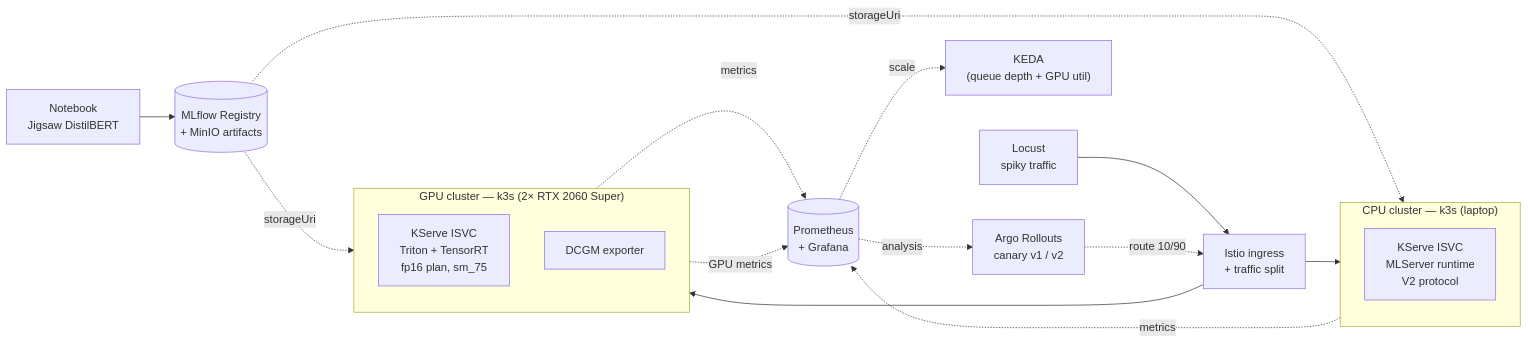
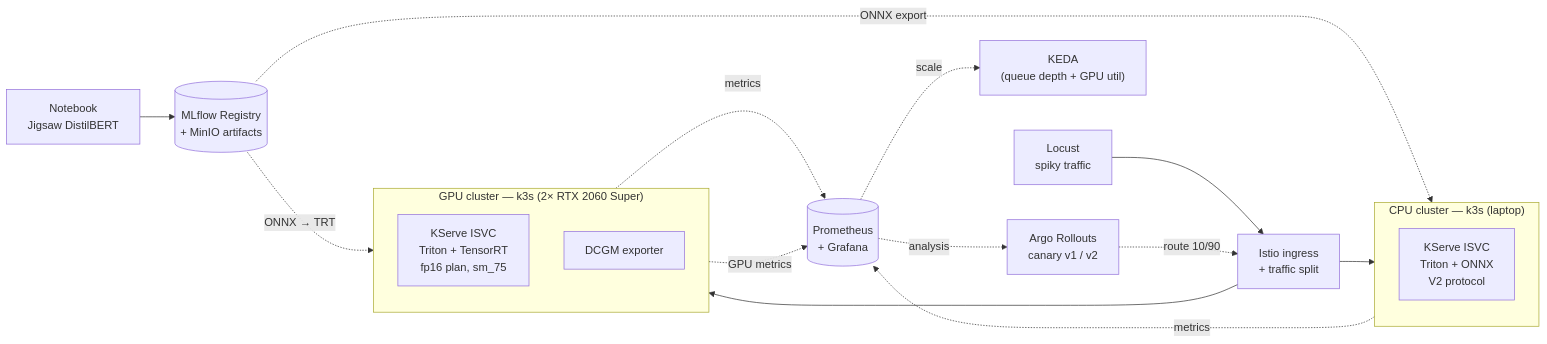
The diagram in README.md (huntermills707/haterade), drawn with Mermaid before and after one commit. The commit also changed other lines of this file and 15 other files, not shown here.

Commit message:
switching to triton for CPU for simplicity

````diff
--- a/README.md
+++ b/README.md
@@ -15,30 +15,30 @@
 ```mermaid
 flowchart LR
     Notebook["Notebook<br/>Jigsaw DistilBERT"] --> Registry[("MLflow Registry<br/>+ MinIO artifacts")]
-    Registry -. storageUri .-> CPU
-    Registry -. storageUri .-> GPU
+    Registry -. ONNX export .-> CPU
+    Registry -. ONNX → TRT .-> GPU
 
     Client["Locust<br/>spiky traffic"] --> Mesh["Istio ingress<br/>+ traffic split"]
 
     subgraph CPU["CPU cluster — k3s (laptop)"]
         direction TB
-        MLServe["KServe ISVC<br/>MLServer runtime<br/>V2 protocol"]
+        TritonCPU["KServe ISVC<br/>Triton + ONNX<br/>V2 protocol"]
     end
 
     subgraph GPU["GPU cluster — k3s (2× RTX 2060 Super)"]
         direction TB
         Triton["KServe ISVC<br/>Triton + TensorRT<br/>fp16 plan, sm_75"]
         DCGM["DCGM exporter"]
     end
 
     Mesh --> CPU
     Mesh --> GPU
 
-    MLServe -. metrics .-> Prom[("Prometheus<br/>+ Grafana")]
+    TritonCPU -. metrics .-> Prom[("Prometheus<br/>+ Grafana")]
     Triton -. metrics .-> Prom
     DCGM  -. GPU metrics .-> Prom
 
     Prom -. scale .-> KEDA["KEDA<br/>(queue depth + GPU util)"]
     Prom -. analysis .-> Argo["Argo Rollouts<br/>canary v1 / v2"]
     Argo -. route 10/90 .-> Mesh
 ```
````
